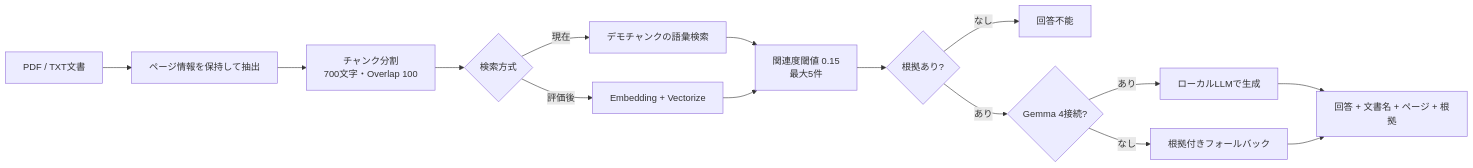
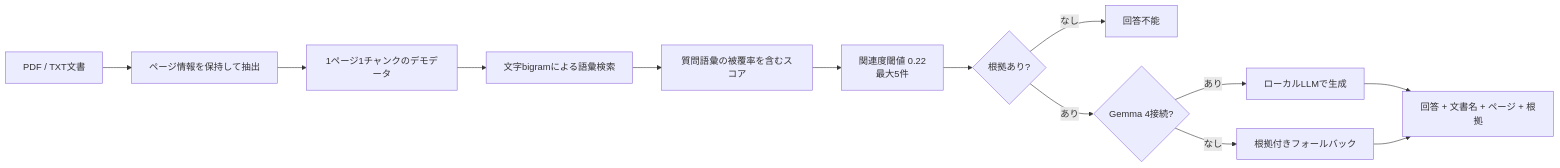
Before and after one commit to second-works/local-rag-document-assistant: the diagram in README.md, drawn with Mermaid. The commit also changed other lines of this file and 25 other files, not shown here.

````diff
--- a/README.md
+++ b/README.md
@@ -32,17 +72,15 @@
 ```mermaid
 flowchart LR
   A[PDF / TXT文書] --> B[ページ情報を保持して抽出]
-  B --> C[チャンク分割<br/>700文字・Overlap 100]
-  C --> D{検索方式}
-  D -->|現在| E[デモチャンクの語彙検索]
-  D -->|評価後| F[Embedding + Vectorize]
-  E --> G[関連度閾値 0.15<br/>最大5件]
-  F --> G
-  G --> H{根拠あり?}
-  H -->|なし| I[回答不能]
-  H -->|あり| J{Gemma 4接続?}
-  J -->|あり| K[ローカルLLMで生成]
-  J -->|なし| L[根拠付きフォールバック]
-  K --> M[回答 + 文書名 + ページ + 根拠]
-  L --> M
+  B --> C[1ページ1チャンクのデモデータ]
+  C --> D[文字bigramによる語彙検索]
+  D --> E[質問語彙の被覆率を含むスコア]
+  E --> F[関連度閾値 0.22<br/>最大5件]
+  F --> G{根拠あり?}
+  G -->|なし| H[回答不能]
+  G -->|あり| I{Gemma 4接続?}
+  I -->|あり| J[ローカルLLMで生成]
+  I -->|なし| K[根拠付きフォールバック]
+  J --> L[回答 + 文書名 + ページ + 根拠]
+  K --> L
 ```
````
